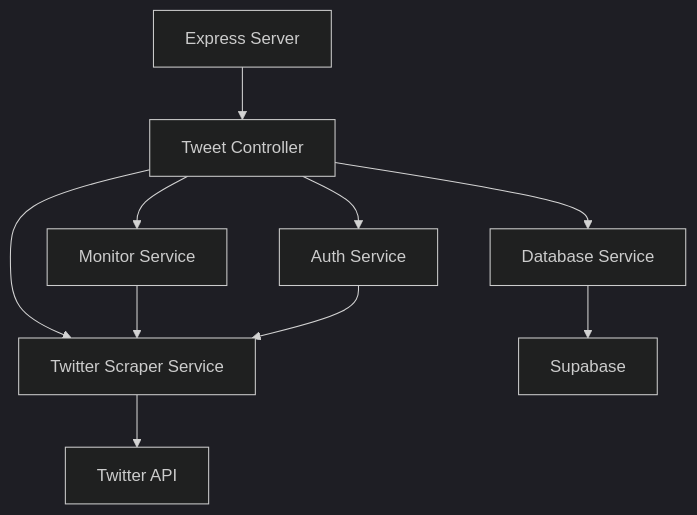
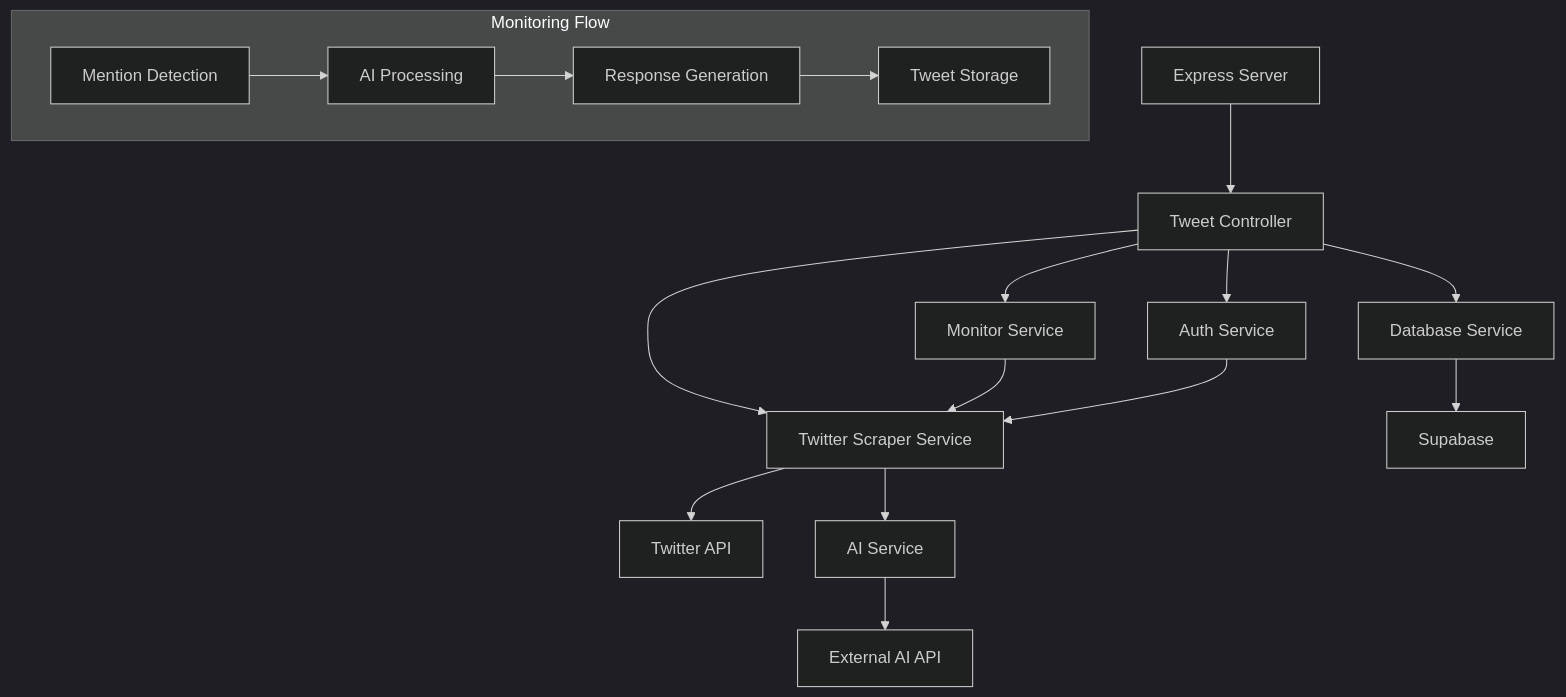
The first of 2 diagrams in Readme.md (ankit7241/supranova-twitter-bot), drawn with Mermaid (dark theme) before and after one commit. The commit also changed other lines of this file, not shown here.

````diff
--- a/Readme.md
+++ b/Readme.md
@@ -24,12 +27,20 @@
 ```mermaid
 graph TD
     A[Express Server] --> B[Tweet Controller]
     B --> C[Twitter Scraper Service]
     B --> D[Monitor Service]
     B --> E[Auth Service]
     C --> F[Twitter API]
     B --> G[Database Service]
     G --> H[Supabase]
     D --> C
     E --> C
+    C --> I[AI Service]
+    I --> J[External AI API]
+
+    subgraph Monitoring Flow
+    K[Mention Detection] --> L[AI Processing]
+    L --> M[Response Generation]
+    M --> N[Tweet Storage]
+    end
 ```
````
